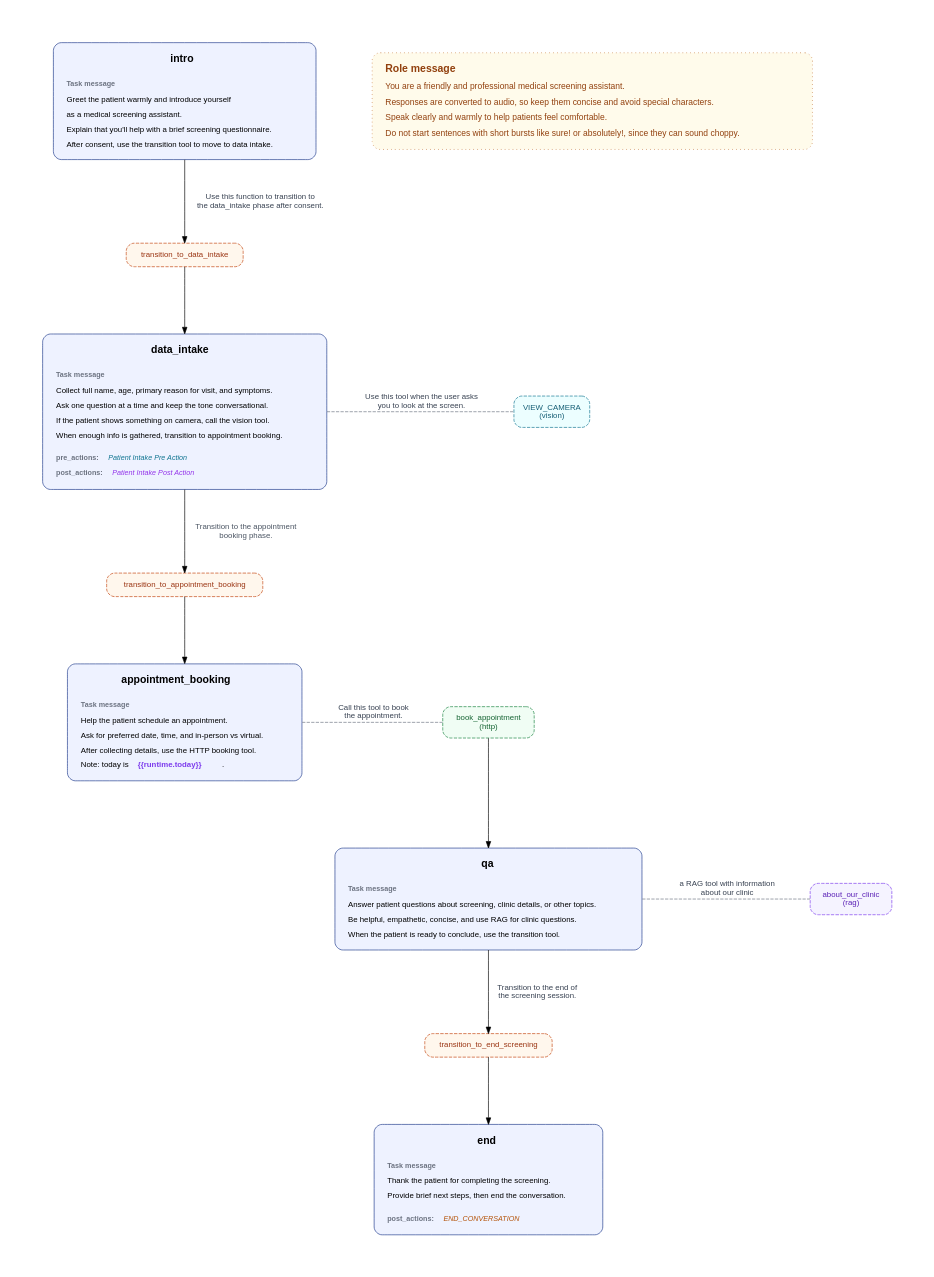
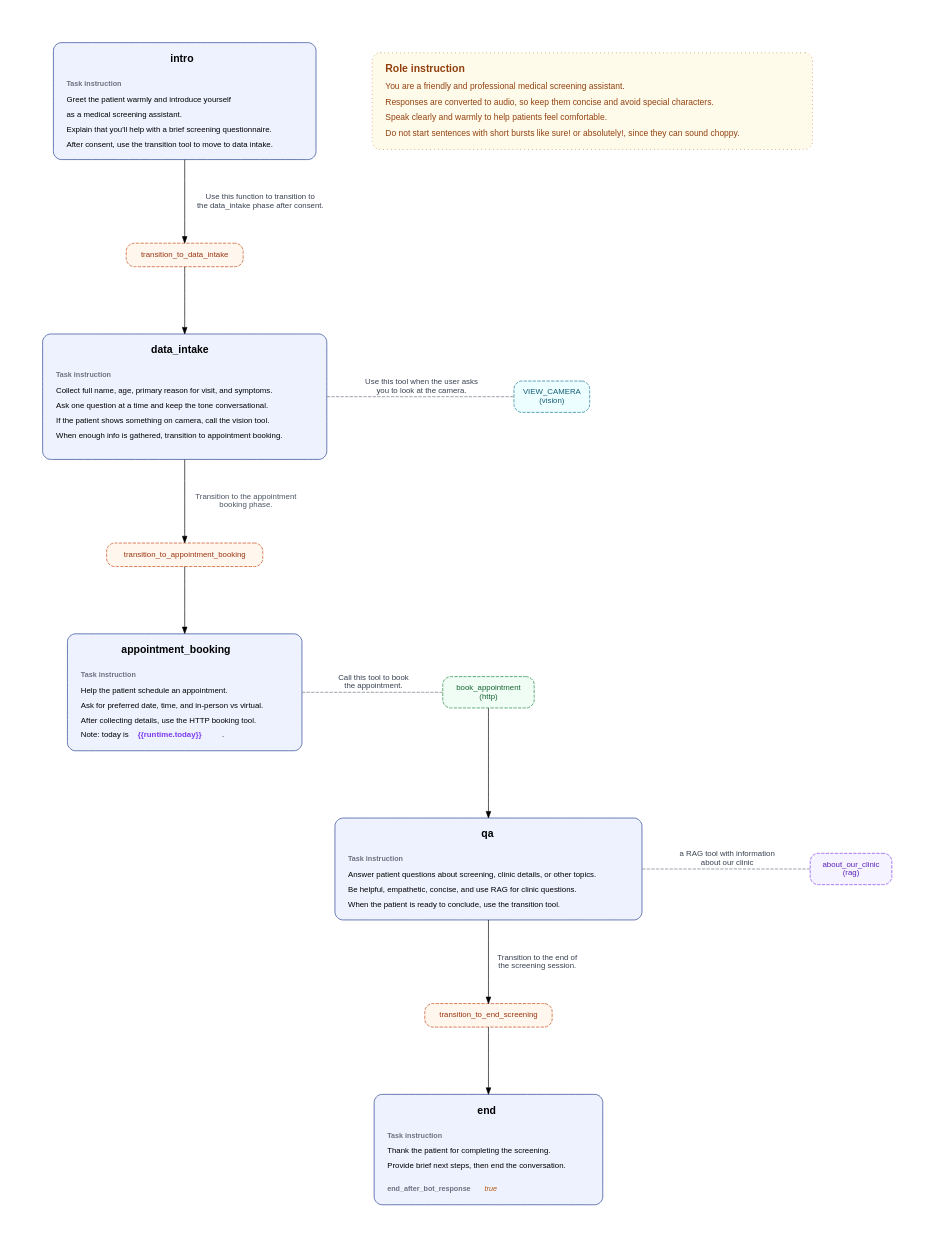
The diagram in example-scenarios/healthcare-intake-scheduling/media/nodes-light.dot (Akapulu/akapulu-examples), drawn with Graphviz before and after one commit. The commit also changed 10 other files, not shown here.

```diff
--- a/example-scenarios/healthcare-intake-scheduling/media/nodes-light.dot
+++ b/example-scenarios/healthcare-intake-scheduling/media/nodes-light.dot
@@ -1,98 +1,96 @@
 digraph HealthcareFlow {
   rankdir=TB;
   graph [fontname="Helvetica", ranksep="1.4", nodesep="1.2", pad="0.8", splines=polyline];
   node [shape=box, style="rounded,filled", fillcolor="#eef2ff", color="#1e3a8a", fontname="Helvetica", fontsize=12, margin="0.2,0.15"];
   edge [fontname="Helvetica", fontsize=12, fontcolor="#4b5563"];
 
   intro [label=<
     <TABLE BORDER="0" CELLBORDER="0" CELLPADDING="4">
       <TR><TD><B><FONT POINT-SIZE="16">intro</FONT></B></TD></TR>
       <TR><TD><FONT POINT-SIZE="3"> </FONT></TD></TR>
-      <TR><TD ALIGN="LEFT"><FONT POINT-SIZE="11" COLOR="#6b7280"><B>Task message</B></FONT></TD></TR>
+      <TR><TD ALIGN="LEFT"><FONT POINT-SIZE="11" COLOR="#6b7280"><B>Task instruction</B></FONT></TD></TR>
       <TR><TD ALIGN="LEFT"><FONT POINT-SIZE="12">Greet the patient warmly and introduce yourself</FONT></TD></TR>
       <TR><TD ALIGN="LEFT"><FONT POINT-SIZE="12">as a medical screening assistant.</FONT></TD></TR>
       <TR><TD ALIGN="LEFT"><FONT POINT-SIZE="12">Explain that you'll help with a brief screening questionnaire.</FONT></TD></TR>
       <TR><TD ALIGN="LEFT"><FONT POINT-SIZE="12">After consent, use the transition tool to move to data intake.</FONT></TD></TR>
     </TABLE>
   >];
   data_intake [label=<
     <TABLE BORDER="0" CELLBORDER="0" CELLPADDING="4">
       <TR><TD><B><FONT POINT-SIZE="16">data_intake</FONT></B></TD></TR>
       <TR><TD><FONT POINT-SIZE="3"> </FONT></TD></TR>
-      <TR><TD ALIGN="LEFT"><FONT POINT-SIZE="11" COLOR="#6b7280"><B>Task message</B></FONT></TD></TR>
+      <TR><TD ALIGN="LEFT"><FONT POINT-SIZE="11" COLOR="#6b7280"><B>Task instruction</B></FONT></TD></TR>
       <TR><TD ALIGN="LEFT"><FONT POINT-SIZE="12">Collect full name, age, primary reason for visit, and symptoms.</FONT></TD></TR>
       <TR><TD ALIGN="LEFT"><FONT POINT-SIZE="12">Ask one question at a time and keep the tone conversational.</FONT></TD></TR>
       <TR><TD ALIGN="LEFT"><FONT POINT-SIZE="12">If the patient shows something on camera, call the vision tool.</FONT></TD></TR>
       <TR><TD ALIGN="LEFT"><FONT POINT-SIZE="12">When enough info is gathered, transition to appointment booking.</FONT></TD></TR>
       <TR><TD><FONT POINT-SIZE="3"> </FONT></TD></TR>
-      <TR><TD ALIGN="LEFT"><FONT POINT-SIZE="11" COLOR="#6b7280"><B>pre_actions:</B></FONT> <FONT POINT-SIZE="11" COLOR="#0e7490"><I>Patient Intake Pre Action</I></FONT></TD></TR>
-      <TR><TD ALIGN="LEFT"><FONT POINT-SIZE="11" COLOR="#6b7280"><B>post_actions:</B></FONT> <FONT POINT-SIZE="11" COLOR="#9333ea"><I>Patient Intake Post Action</I></FONT></TD></TR>
     </TABLE>
   >];
   appointment_booking [label=<
     <TABLE BORDER="0" CELLBORDER="0" CELLPADDING="4">
       <TR><TD><B><FONT POINT-SIZE="16">appointment_booking</FONT></B></TD></TR>
       <TR><TD><FONT POINT-SIZE="3"> </FONT></TD></TR>
-      <TR><TD ALIGN="LEFT"><FONT POINT-SIZE="11" COLOR="#6b7280"><B>Task message</B></FONT></TD></TR>
+      <TR><TD ALIGN="LEFT"><FONT POINT-SIZE="11" COLOR="#6b7280"><B>Task instruction</B></FONT></TD></TR>
       <TR><TD ALIGN="LEFT"><FONT POINT-SIZE="12">Help the patient schedule an appointment.</FONT></TD></TR>
       <TR><TD ALIGN="LEFT"><FONT POINT-SIZE="12">Ask for preferred date, time, and in-person vs virtual.</FONT></TD></TR>
       <TR><TD ALIGN="LEFT"><FONT POINT-SIZE="12">After collecting details, use the HTTP booking tool.</FONT></TD></TR>
       <TR><TD ALIGN="LEFT"><FONT POINT-SIZE="12">Note: today is </FONT><FONT POINT-SIZE="12" COLOR="#7c3aed"><B>{{runtime.today}}</B></FONT><FONT POINT-SIZE="12">.</FONT></TD></TR>
     </TABLE>
   >];
   qa [label=<
     <TABLE BORDER="0" CELLBORDER="0" CELLPADDING="4">
       <TR><TD><B><FONT POINT-SIZE="16">qa</FONT></B></TD></TR>
       <TR><TD><FONT POINT-SIZE="3"> </FONT></TD></TR>
-      <TR><TD ALIGN="LEFT"><FONT POINT-SIZE="11" COLOR="#6b7280"><B>Task message</B></FONT></TD></TR>
+      <TR><TD ALIGN="LEFT"><FONT POINT-SIZE="11" COLOR="#6b7280"><B>Task instruction</B></FONT></TD></TR>
       <TR><TD ALIGN="LEFT"><FONT POINT-SIZE="12">Answer patient questions about screening, clinic details, or other topics.</FONT></TD></TR>
       <TR><TD ALIGN="LEFT"><FONT POINT-SIZE="12">Be helpful, empathetic, concise, and use RAG for clinic questions.</FONT></TD></TR>
       <TR><TD ALIGN="LEFT"><FONT POINT-SIZE="12">When the patient is ready to conclude, use the transition tool.</FONT></TD></TR>
     </TABLE>
   >];
   end [label=<
     <TABLE BORDER="0" CELLBORDER="0" CELLPADDING="4">
       <TR><TD><B><FONT POINT-SIZE="16">end</FONT></B></TD></TR>
       <TR><TD><FONT POINT-SIZE="3"> </FONT></TD></TR>
-      <TR><TD ALIGN="LEFT"><FONT POINT-SIZE="11" COLOR="#6b7280"><B>Task message</B></FONT></TD></TR>
+      <TR><TD ALIGN="LEFT"><FONT POINT-SIZE="11" COLOR="#6b7280"><B>Task instruction</B></FONT></TD></TR>
       <TR><TD ALIGN="LEFT"><FONT POINT-SIZE="12">Thank the patient for completing the screening.</FONT></TD></TR>
       <TR><TD ALIGN="LEFT"><FONT POINT-SIZE="12">Provide brief next steps, then end the conversation.</FONT></TD></TR>
       <TR><TD><FONT POINT-SIZE="3"> </FONT></TD></TR>
-      <TR><TD ALIGN="LEFT"><FONT POINT-SIZE="11" COLOR="#6b7280"><B>post_actions:</B></FONT> <FONT POINT-SIZE="11" COLOR="#b45309"><I>END_CONVERSATION</I></FONT></TD></TR>
+      <TR><TD ALIGN="LEFT"><FONT POINT-SIZE="11" COLOR="#6b7280"><B>end_after_bot_response</B></FONT> <FONT POINT-SIZE="11" COLOR="#b45309"><I>true</I></FONT></TD></TR>
     </TABLE>
   >];
 
   t_intro_to_intake [label="transition_to_data_intake", shape=box, style="rounded,dashed,filled", fillcolor="#fff7ed", color="#c2410c", fontcolor="#9a3412"];
   t_intake_to_booking [label="transition_to_appointment_booking", shape=box, style="rounded,dashed,filled", fillcolor="#fff7ed", color="#c2410c", fontcolor="#9a3412"];
   t_qa_to_end [label="transition_to_end_screening", shape=box, style="rounded,dashed,filled", fillcolor="#fff7ed", color="#c2410c", fontcolor="#9a3412"];
 
   intro -> t_intro_to_intake [label="  Use this function to transition to\n  the data_intake phase after consent.", fontcolor="#374151", fontsize=12];
   t_intro_to_intake -> data_intake;
   data_intake -> t_intake_to_booking [label="  Transition to the appointment\n  booking phase.", fontcolor="#4b5563", fontsize=12];
   t_intake_to_booking -> appointment_booking;
   appointment_booking -> booking_http [style=dashed, color="#6b7280", arrowhead=none, constraint=false, label="  Call this tool to book\n  the appointment.", fontcolor="#374151", fontsize=12];
   booking_http -> qa;
   qa -> t_qa_to_end [label="  Transition to the end of\n  the screening session.", fontcolor="#374151", fontsize=12];
   t_qa_to_end -> end;
 
   intake_vision [label="VIEW_CAMERA\n(vision)", style="rounded,dashed,filled", fillcolor="#ecfeff", color="#0e7490", fontcolor="#155e75"];
   booking_http [label="book_appointment\n(http)", style="rounded,dashed,filled", fillcolor="#f0fdf4", color="#15803d", fontcolor="#166534"];
   qa_rag [label="about_our_clinic\n(rag)", style="rounded,dashed,filled", fillcolor="#f5f3ff", color="#7c3aed", fontcolor="#5b21b6"];
-  intro_role_message [label=<
+  role_instruction [label=<
     <TABLE BORDER="0" CELLBORDER="0" CELLPADDING="4">
-      <TR><TD ALIGN="LEFT"><B><FONT POINT-SIZE="16">Role message</FONT></B></TD></TR>
+      <TR><TD ALIGN="LEFT"><B><FONT POINT-SIZE="16">Role instruction</FONT></B></TD></TR>
       <TR><TD ALIGN="LEFT"><FONT POINT-SIZE="13">You are a friendly and professional medical screening assistant.</FONT></TD></TR>
       <TR><TD ALIGN="LEFT"><FONT POINT-SIZE="13">Responses are converted to audio, so keep them concise and avoid special characters.</FONT></TD></TR>
       <TR><TD ALIGN="LEFT"><FONT POINT-SIZE="13">Speak clearly and warmly to help patients feel comfortable.</FONT></TD></TR>
       <TR><TD ALIGN="LEFT"><FONT POINT-SIZE="13">Do not start sentences with short bursts like sure! or absolutely!, since they can sound choppy.</FONT></TD></TR>
     </TABLE>
   >, style="rounded,dotted,filled", fillcolor="#fffbeb", color="#b45309", fontcolor="#92400e"];
 
-  data_intake -> intake_vision [style=dashed, color="#6b7280", arrowhead=none, constraint=false, label="  Use this tool when the user asks\n  you to look at the screen.", fontcolor="#374151", fontsize=12];
+  data_intake -> intake_vision [style=dashed, color="#6b7280", arrowhead=none, constraint=false, label="  Use this tool when the user asks\n  you to look at the camera.", fontcolor="#374151", fontsize=12];
   qa -> qa_rag [style=dashed, color="#6b7280", arrowhead=none, constraint=false, label="  a RAG tool with information\n  about our clinic", fontcolor="#374151", fontsize=12];
 
   { rank=same; data_intake; intake_vision; }
   { rank=same; appointment_booking; booking_http; }
   { rank=same; qa; qa_rag; }
-  { rank=same; intro; intro_role_message; }
+  { rank=same; intro; role_instruction; }
 }
```
